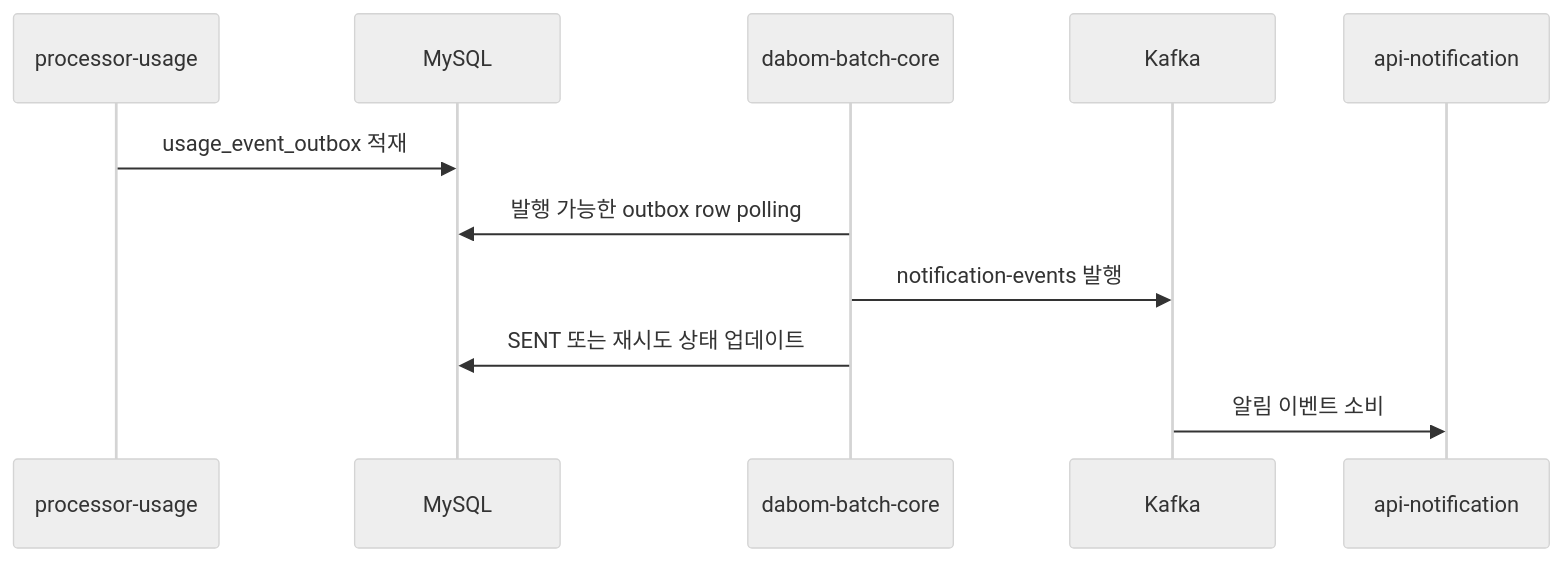
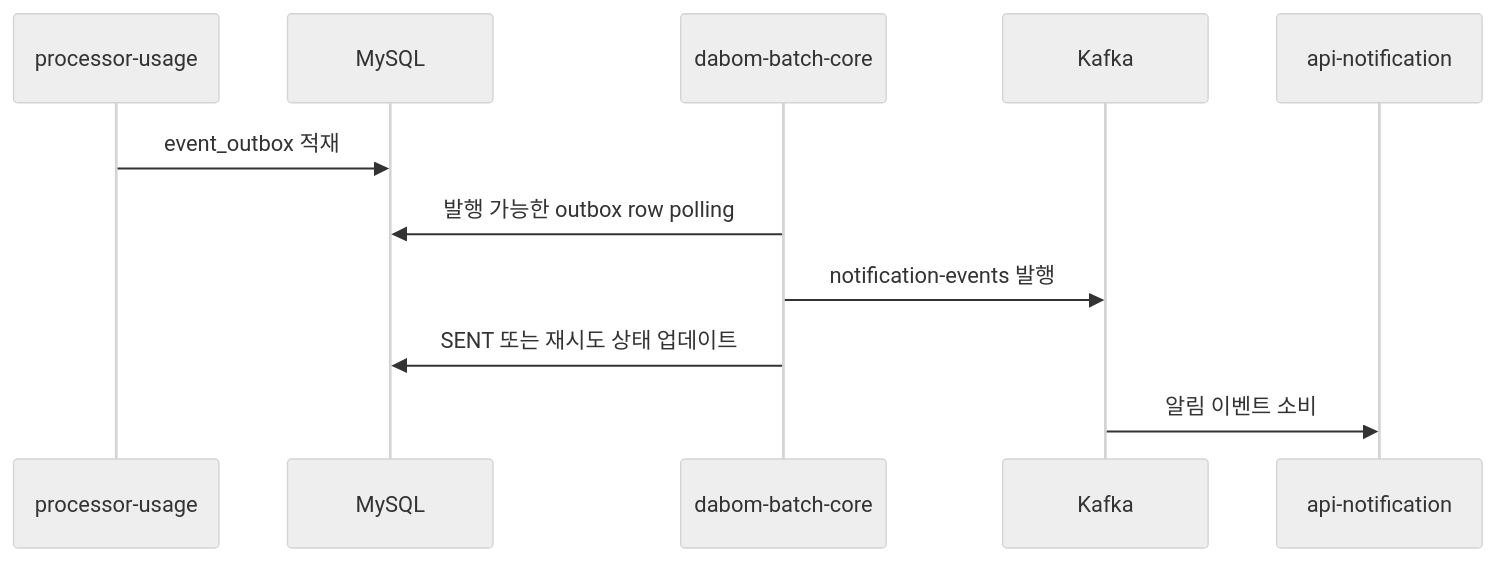
Before and after one commit to da-bom/dabom-batch-core: the fifth of 6 diagrams in README.md, drawn with Mermaid (neutral theme). The commit also changed other lines of this file, not shown here.

````diff
--- a/README.md
+++ b/README.md
@@ -128,14 +141,14 @@
 ```mermaid
 sequenceDiagram
     participant PU as processor-usage
     participant DB as MySQL
     participant BC as dabom-batch-core
     participant KF as Kafka
     participant AN as api-notification
 
-    PU->>DB: usage_event_outbox 적재
+    PU->>DB: event_outbox 적재
     BC->>DB: 발행 가능한 outbox row polling
     BC->>KF: notification-events 발행
     BC->>DB: SENT 또는 재시도 상태 업데이트
     KF->>AN: 알림 이벤트 소비
 ```
````
